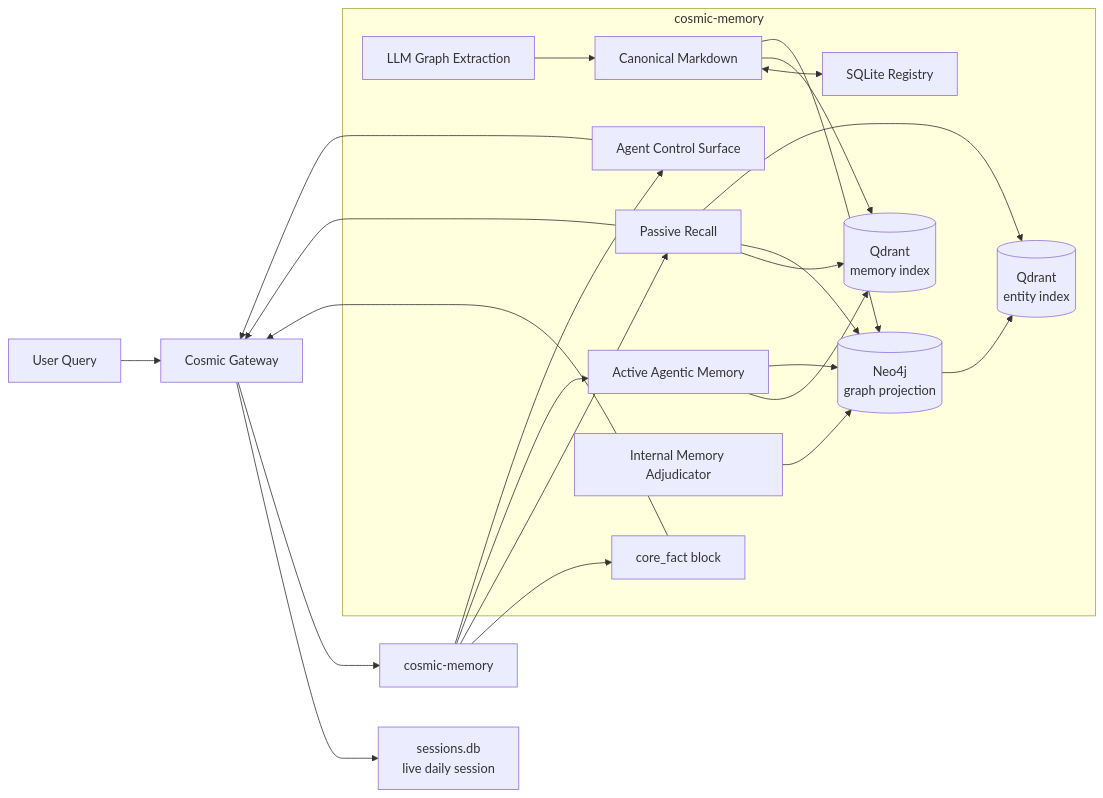
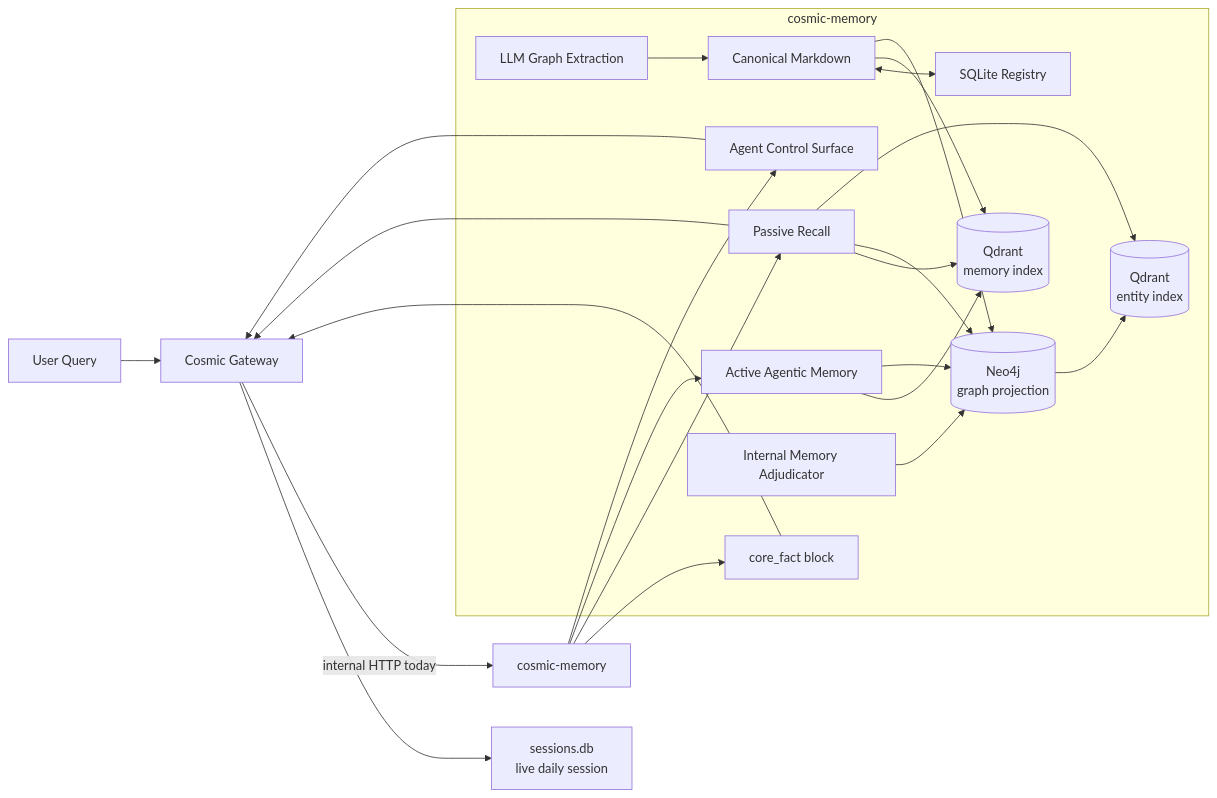
The first of 4 diagrams in README.md (uspraveen/cosmic-memory), drawn with Mermaid before and after one commit. The commit also changed other lines of this file and 7 other files, not shown here.

````diff
--- a/README.md
+++ b/README.md
@@ -35,40 +35,40 @@
 ```mermaid
 flowchart LR
     U[User Query] --> G[Cosmic Gateway]
     G --> S[sessions.db<br/>live daily session]
-    G --> CM[cosmic-memory]
+    G -->|internal HTTP today| CM[cosmic-memory]
 
     subgraph CMStack[cosmic-memory]
         CF[core_fact block]
         PR[Passive Recall]
         AR[Active Agentic Memory]
         CS[Agent Control Surface]
         EXT[LLM Graph Extraction]
         ADJ[Internal Memory Adjudicator]
         REG[SQLite Registry]
         MD[Canonical Markdown]
         Q[(Qdrant<br/>memory index)]
         EQ[(Qdrant<br/>entity index)]
         N[(Neo4j<br/>graph projection)]
     end
 
     CM --> CF
     CM --> PR
     CM --> AR
     CM --> CS
     EXT --> MD
     ADJ --> N
     MD <--> REG
     MD --> Q
     MD --> N
     N --> EQ
     PR --> Q
     PR --> N
     PR --> EQ
     AR --> Q
     AR --> N
 
     CF --> G
     PR --> G
     CS --> G
 ```
````
